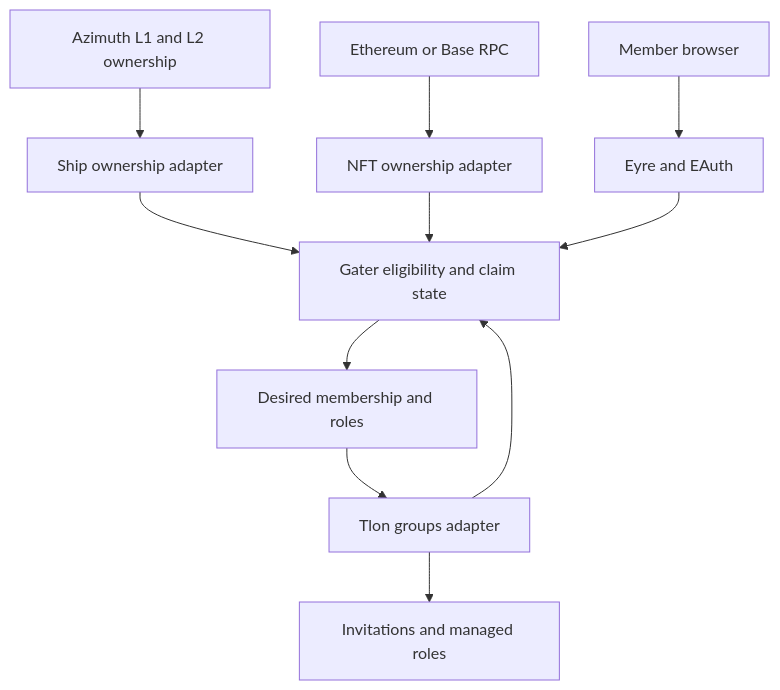
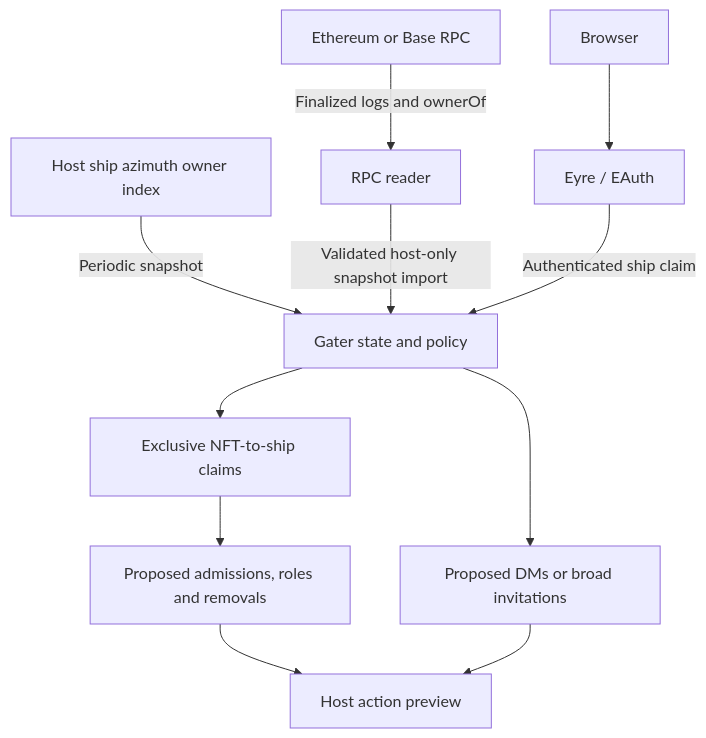
One commit to thelifeandtimes/gater changed the diagram in docs/architecture.md. Above: the diagram before and after it, drawn with Mermaid. The commit also changed other lines of this file and 50 other files, not shown here.

Commit message:
Add gater claim workflow and ownership policy preview

````diff
--- a/docs/architecture.md
+++ b/docs/architecture.md
@@ -9,13 +5,13 @@
 ```mermaid
 flowchart TD
-    A[Azimuth L1 and L2 ownership] --> B[Ship ownership adapter]
-    C[Ethereum or Base RPC] --> D[NFT ownership adapter]
-    B --> E[Gater eligibility and claim state]
-    D --> E
-    F[Member browser] --> G[Eyre and EAuth]
-    G --> E
-    E --> H[Desired membership and roles]
-    H --> I[Tlon groups adapter]
-    I --> J[Invitations and managed roles]
-    I --> E
+    A[Host ship azimuth owner index] -->|Periodic snapshot| G[Gater state and policy]
+    R[Ethereum or Base RPC] -->|Finalized logs and ownerOf| S[RPC reader]
+    S -->|Validated host-only snapshot import| G
+    B[Browser] --> E[Eyre / EAuth]
+    E -->|Authenticated ship claim| G
+    G --> C[Exclusive NFT-to-ship claims]
+    C --> P[Proposed admissions, roles and removals]
+    G --> O[Proposed DMs or broad invitations]
+    P --> V[Host action preview]
+    O --> V
 ```
````
